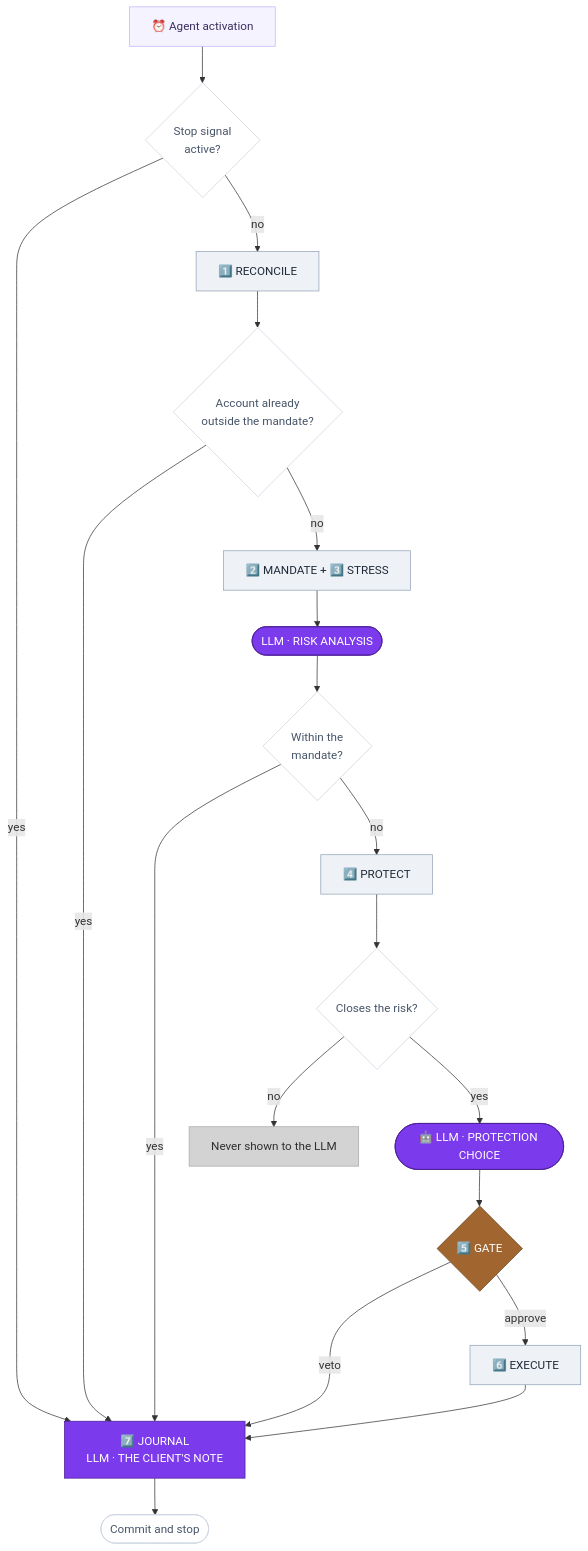
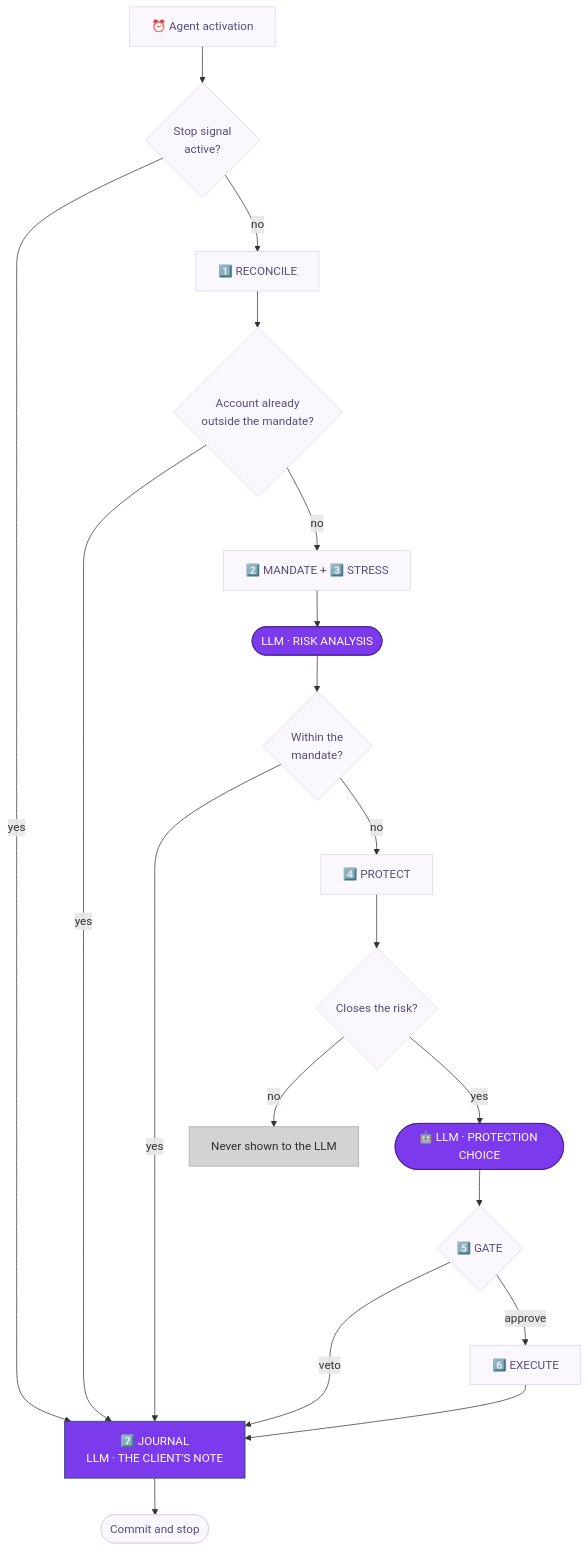
Before and after one commit to ol1ak5/Drawdown-Guard: the diagram in README.md, drawn with Mermaid.

Commit message:
README: one violet family across the loop diagram
Eleven of the fifteen nodes were unstyled, so they rendered in mermaid's
default grey -- which read as a mistake sitting next to three purple
boxes and a deliberately grey one. They now carry a near-paper violet,
which leaves the saturated purple free to mean one thing: this is where
a language model speaks. Grey keeps the opposite meaning, the candidates
it never sees.

Supersedes 85598e7, which left two style blocks in the file.

````diff
--- a/README.md
+++ b/README.md
@@ -71,55 +71,47 @@
 ```mermaid
 flowchart TD
     CRON["⏰ Agent activation"] --> HALT{Stop signal<br/>active?}
     HALT -- yes --> JOURNAL
     HALT -- no --> RECONCILE
 
     RECONCILE["1️⃣ RECONCILE"] --> KILL{Account already<br/>outside the mandate?}
     KILL -- yes --> JOURNAL
     KILL -- no --> MANDATE
 
     MANDATE["2️⃣ MANDATE + 3️⃣ STRESS"] --> LLM1
     LLM1(["LLM · RISK ANALYSIS"]) --> GAP{Within the<br/>mandate?}
 
     GAP -- yes --> JOURNAL
     GAP -- no --> PROTECT
 
     PROTECT["4️⃣ PROTECT"] --> ELIGIBLE{Closes the risk?}
     ELIGIBLE -- no --> DROP[Never shown to the LLM]
     ELIGIBLE -- yes --> LLM2
 
     LLM2(["🤖 LLM · PROTECTION CHOICE"]) --> GATE
 
     GATE{"5️⃣ GATE"}
     GATE -- veto --> JOURNAL
     GATE -- approve --> EXECUTE
 
     EXECUTE["6️⃣ EXECUTE"] --> JOURNAL
 
     JOURNAL["7️⃣ JOURNAL<br/>LLM · THE CLIENT'S NOTE"] --> END([Commit and stop])
 
-    style CRON fill:#f5f3ff,stroke:#c4b5fd,color:#3b2f5e
-    style RECONCILE fill:#eef2f7,stroke:#94a3b8,color:#1f2937
-    style MANDATE fill:#eef2f7,stroke:#94a3b8,color:#1f2937
-    style PROTECT fill:#eef2f7,stroke:#94a3b8,color:#1f2937
-    style EXECUTE fill:#eef2f7,stroke:#94a3b8,color:#1f2937
-
-    style HALT fill:#fff,stroke:#cbd5e1,color:#475569
-    style KILL fill:#fff,stroke:#cbd5e1,color:#475569
-    style GAP fill:#fff,stroke:#cbd5e1,color:#475569
-    style ELIGIBLE fill:#fff,stroke:#cbd5e1,color:#475569
+    style CRON fill:#faf8fe,stroke:#ddd3f0,color:#5b4b7a
+    style HALT fill:#faf8fe,stroke:#ddd3f0,color:#5b4b7a
+    style RECONCILE fill:#faf8fe,stroke:#ddd3f0,color:#5b4b7a
+    style KILL fill:#faf8fe,stroke:#ddd3f0,color:#5b4b7a
+    style MANDATE fill:#faf8fe,stroke:#ddd3f0,color:#5b4b7a
+    style GAP fill:#faf8fe,stroke:#ddd3f0,color:#5b4b7a
+    style PROTECT fill:#faf8fe,stroke:#ddd3f0,color:#5b4b7a
+    style ELIGIBLE fill:#faf8fe,stroke:#ddd3f0,color:#5b4b7a
+    style GATE fill:#faf8fe,stroke:#ddd3f0,color:#5b4b7a
+    style EXECUTE fill:#faf8fe,stroke:#ddd3f0,color:#5b4b7a
+    style END fill:#faf8fe,stroke:#ddd3f0,color:#5b4b7a
 
     style LLM1 fill:#7c3aed,stroke:#4c1d95,color:#fff
     style LLM2 fill:#7c3aed,stroke:#4c1d95,color:#fff
-
-    style GATE fill:#a1662f,stroke:#6b4420,color:#fff
-    style JOURNAL fill:#3f4756,stroke:#252b36,color:#fff
-    style DROP fill:#d3d3d3,stroke:#a9a9a9,color:#2f2f2f
-    style END fill:#fff,stroke:#cbd5e1,color:#475569
-
-
-    style LLM1 fill:#7c3aed,stroke:#4c1d95,color:#fff
-    style LLM2 fill:#7c3aed,stroke:#4c1d95,color:#fff
-    style JOURNAL fill:#7c3aed,stroke:#4c1d95,color:#fff
+    style JOURNAL fill:#7c3aed,stroke:#134e4a,color:#fff
     style DROP fill:#d3d3d3,stroke:#a9a9a9,color:#2f2f2f
 ```
````
